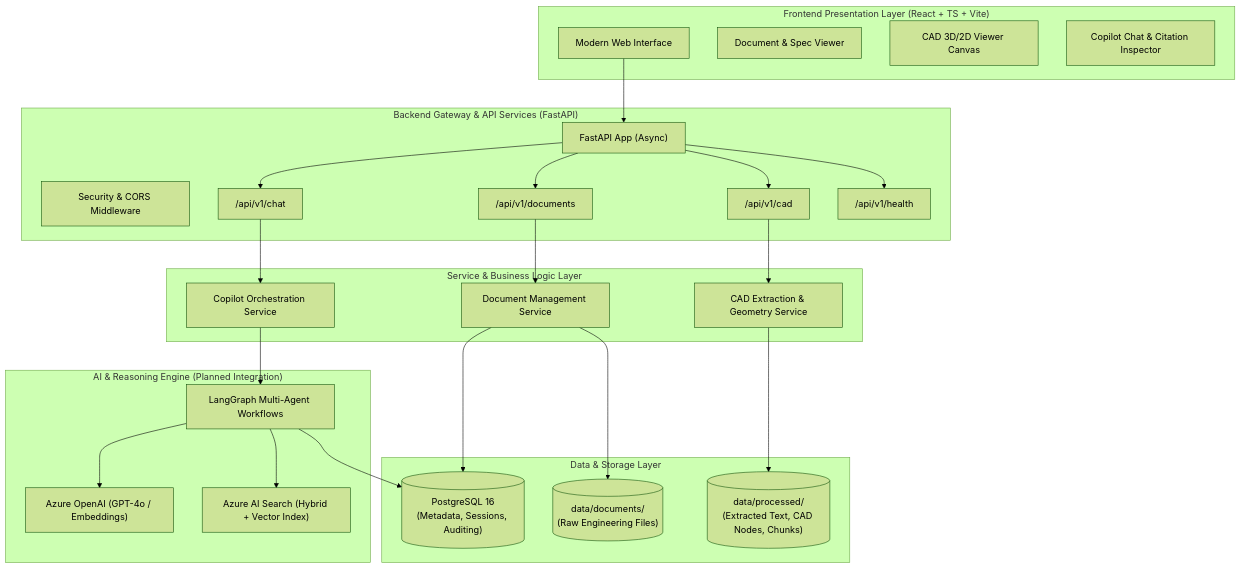
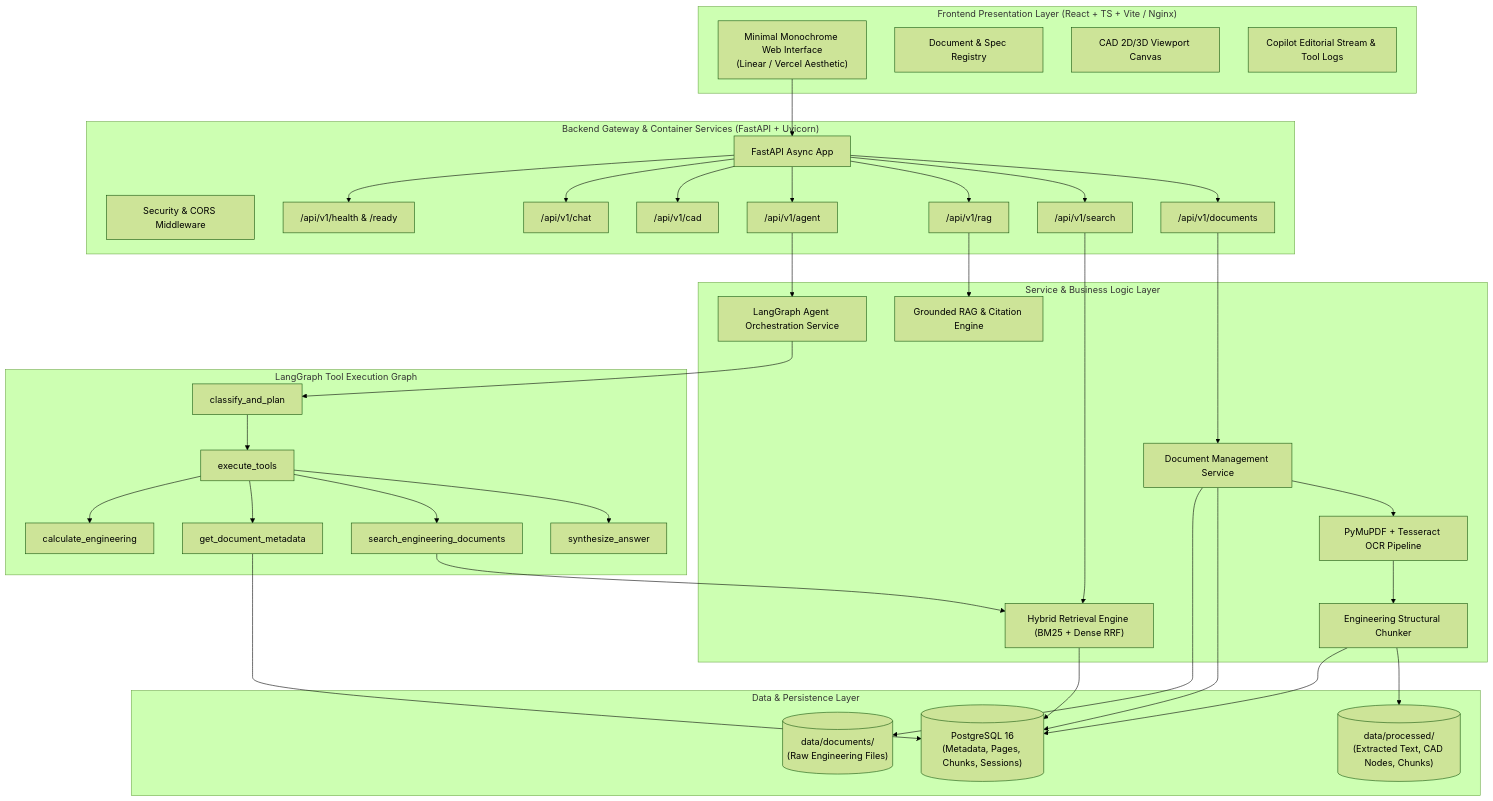
The first of 2 diagrams in architecture.md (chargedleo/engineering-document-copilot), drawn with Mermaid (forest theme) before and after one commit. The commit also changed other lines of this file and 11 other files, not shown here.

````diff
--- a/architecture.md
+++ b/architecture.md
@@ -19,51 +19,62 @@
 ```mermaid
 flowchart TB
-    subgraph ClientLayer["Frontend Presentation Layer (React + TS + Vite)"]
-        UI["Modern Web Interface"]
-        DocViewer["Document & Spec Viewer"]
-        CadViewer["CAD 3D/2D Viewer Canvas"]
-        ChatCopilot["Copilot Chat & Citation Inspector"]
+    subgraph ClientLayer["Frontend Presentation Layer (React + TS + Vite / Nginx)"]
+        UI["Minimal Monochrome Web Interface\n(Linear / Vercel Aesthetic)"]
+        DocViewer["Document & Spec Registry"]
+        CadViewer["CAD 2D/3D Viewport Canvas"]
+        ChatCopilot["Copilot Editorial Stream & Tool Logs"]
     end
 
-    subgraph APILayer["Backend Gateway & API Services (FastAPI)"]
-        API["FastAPI App (Async)"]
+    subgraph APILayer["Backend Gateway & Container Services (FastAPI + Uvicorn)"]
+        API["FastAPI Async App"]
         AuthMiddleware["Security & CORS Middleware"]
         DocRoutes["/api/v1/documents"]
+        SearchRoutes["/api/v1/search"]
+        RagRoutes["/api/v1/rag"]
+        AgentRoutes["/api/v1/agent"]
         CadRoutes["/api/v1/cad"]
         ChatRoutes["/api/v1/chat"]
-        HealthRoutes["/api/v1/health"]
+        HealthRoutes["/api/v1/health & /ready"]
     end
 
     subgraph ServiceLayer["Service & Business Logic Layer"]
         DocService["Document Management Service"]
-        CadService["CAD Extraction & Geometry Service"]
-        ChatService["Copilot Orchestration Service"]
+        OcrService["PyMuPDF + Tesseract OCR Pipeline"]
+        ChunkService["Engineering Structural Chunker"]
+        SearchService["Hybrid Retrieval Engine (BM25 + Dense RRF)"]
+        RagService["Grounded RAG & Citation Engine"]
+        AgentService["LangGraph Agent Orchestration Service"]
     end
 
-    subgraph AIEngine["AI & Reasoning Engine (Planned Integration)"]
-        LangGraphAgent["LangGraph Multi-Agent Workflows"]
-        AzureOpenAI["Azure OpenAI (GPT-4o / Embeddings)"]
-        AzureSearch["Azure AI Search (Hybrid + Vector Index)"]
+    subgraph LangGraphWorkflow["LangGraph Tool Execution Graph"]
+        Planner["classify_and_plan"]
+        Executer["execute_tools"]
+        Synthesizer["synthesize_answer"]
+        ToolSearch["search_engineering_documents"]
+        ToolMeta["get_document_metadata"]
+        ToolCalc["calculate_engineering"]
     end
 
-    subgraph DataStorage["Data & Storage Layer"]
-        PostgresDB[("PostgreSQL 16\n(Metadata, Sessions, Auditing)")]
+    subgraph DataStorage["Data & Persistence Layer"]
+        PostgresDB[("PostgreSQL 16\n(Metadata, Pages, Chunks, Sessions)")]
         DocStore[("data/documents/\n(Raw Engineering Files)")]
         ProcessedStore[("data/processed/\n(Extracted Text, CAD Nodes, Chunks)")]
     end
 
     UI --> API
-    API --> DocRoutes & CadRoutes & ChatRoutes & HealthRoutes
+    API --> DocRoutes & SearchRoutes & RagRoutes & AgentRoutes & CadRoutes & ChatRoutes & HealthRoutes
     DocRoutes --> DocService
-    CadRoutes --> CadService
-    ChatRoutes --> ChatService
+    DocService --> OcrService --> ChunkService
+    SearchRoutes --> SearchService
+    RagRoutes --> RagService
+    AgentRoutes --> AgentService
+    AgentService --> Planner --> Executer --> Synthesizer
+    Executer --> ToolSearch & ToolMeta & ToolCalc
 
     DocService --> PostgresDB
     DocService --> DocStore
-    CadService --> ProcessedStore
-
-    ChatService --> LangGraphAgent
-    LangGraphAgent --> AzureOpenAI
-    LangGraphAgent --> AzureSearch
-    LangGraphAgent --> PostgresDB
+    ChunkService --> ProcessedStore & PostgresDB
+    ToolSearch --> SearchService
+    ToolMeta --> PostgresDB
+    SearchService --> PostgresDB
 ```
````
